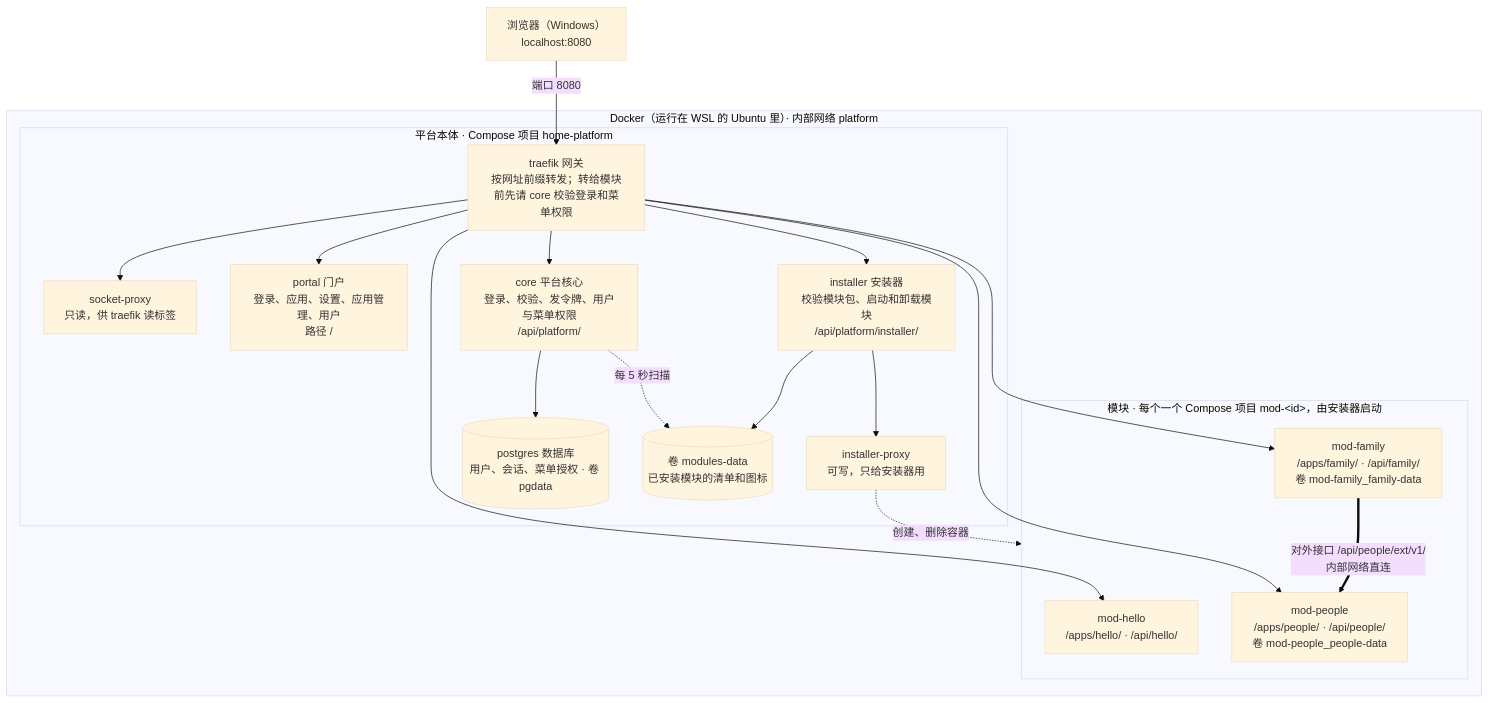
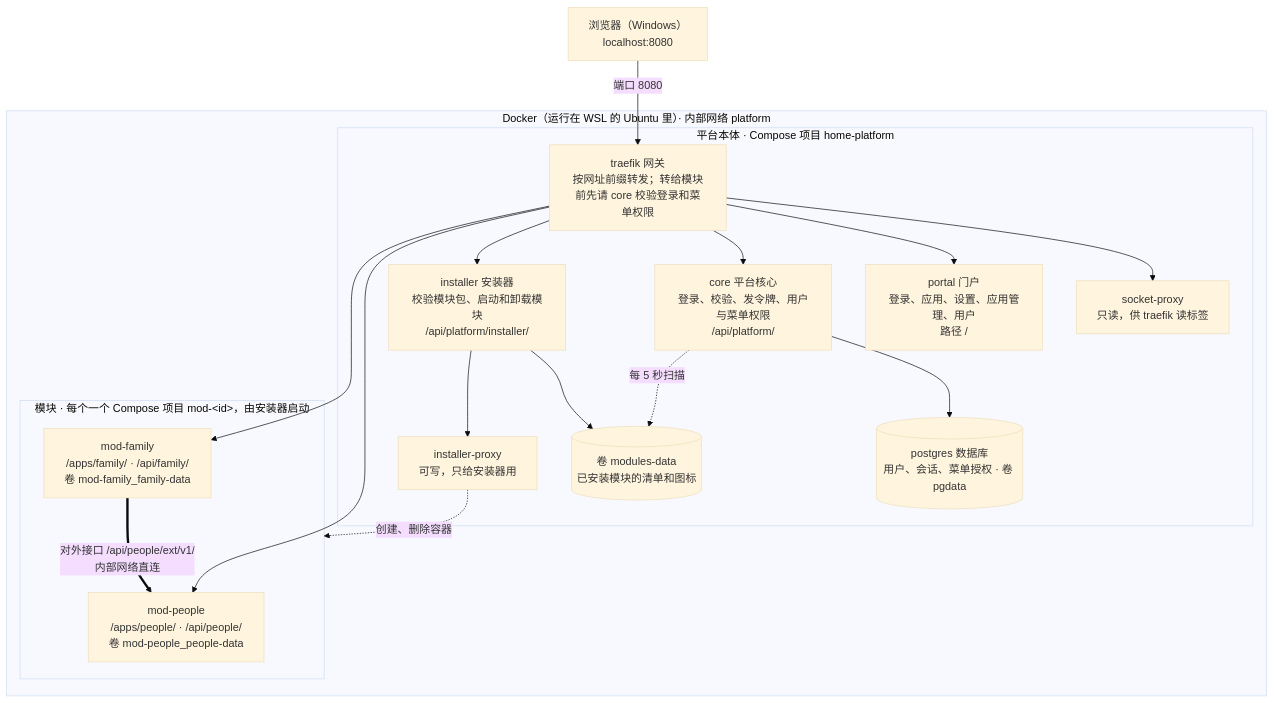
One commit to Beane-Big/vibebooth changed the diagram in ARCHITECTURE.md. Above: the diagram before and after it, drawn with Mermaid (base theme). The commit also changed other lines of this file and 71 other files, not shown here.

````diff
--- a/ARCHITECTURE.md
+++ b/ARCHITECTURE.md
@@ -20,35 +20,33 @@
 ```mermaid
 flowchart TB
     browser["浏览器（Windows）<br/>localhost:8080"]
     subgraph docker["Docker（运行在 WSL 的 Ubuntu 里）· 内部网络 platform"]
         subgraph base["平台本体 · Compose 项目 home-platform"]
             traefik["traefik 网关<br/>按网址前缀转发；转给模块前先请 core 校验登录和菜单权限"]
             socket["socket-proxy<br/>只读，供 traefik 读标签"]
             portal["portal 门户<br/>登录、应用、设置、应用管理、用户<br/>路径 /"]
             core["core 平台核心<br/>登录、校验、发令牌、用户与菜单权限<br/>/api/platform/"]
             installer["installer 安装器<br/>校验模块包、启动和卸载模块<br/>/api/platform/installer/"]
             iproxy["installer-proxy<br/>可写，只给安装器用"]
             pg[("postgres 数据库<br/>用户、会话、菜单授权 · 卷 pgdata")]
             mods[("卷 modules-data<br/>已安装模块的清单和图标")]
         end
         subgraph modules["模块 · 每个一个 Compose 项目 mod-&lt;id&gt;，由安装器启动"]
-            hello["mod-hello<br/>/apps/hello/ · /api/hello/"]
             people["mod-people<br/>/apps/people/ · /api/people/<br/>卷 mod-people_people-data"]
             family["mod-family<br/>/apps/family/ · /api/family/<br/>卷 mod-family_family-data"]
         end
     end
     browser -- "端口 8080" --> traefik
     traefik --> socket
     traefik --> portal
     traefik --> core
     traefik --> installer
-    traefik --> hello
     traefik --> people
     traefik --> family
     core --> pg
     core -. "每 5 秒扫描" .-> mods
     installer --> mods
     installer --> iproxy
     iproxy -. "创建、删除容器" .-> modules
     family == "对外接口 /api/people/ext/v1/<br/>内部网络直连" ==> people
 ```
````
